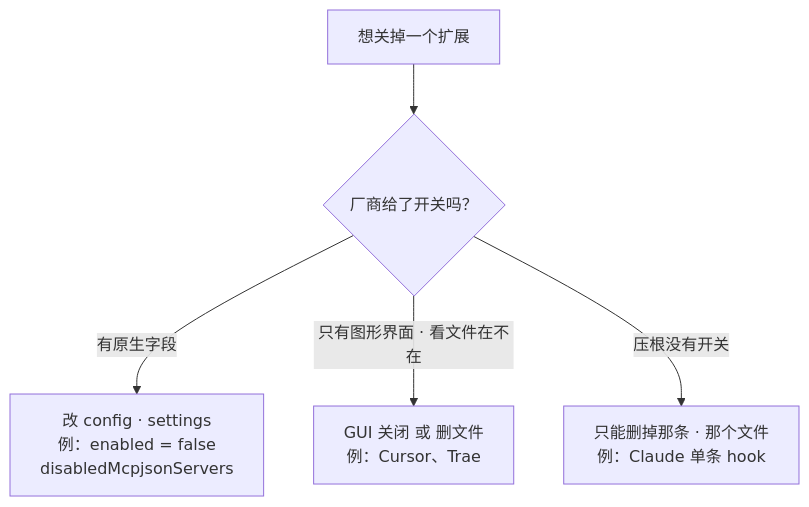
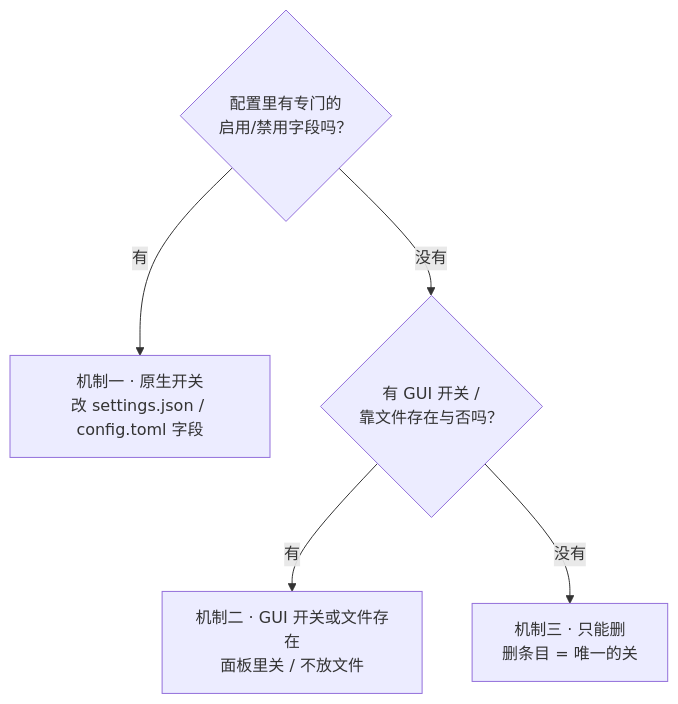
Before and after one commit to LLLLLayer/orbita: the seventh of 9 diagrams in docs/agent-extension-landscape.zh-CN.md, drawn with Mermaid. The commit also changed other lines of this file and 5 other files, not shown here.

````diff
--- a/docs/agent-extension-landscape.zh-CN.md
+++ b/docs/agent-extension-landscape.zh-CN.md
@@ -163,7 +388,8 @@
 ```mermaid
 flowchart TD
-    X["想关掉一个扩展"] --> Q{"厂商给了开关吗？"}
-    Q -->|"有原生字段"| N["改 config · settings<br/>例：enabled = false<br/>disabledMcpjsonServers"]
-    Q -->|"只有图形界面 · 看文件在不在"| U["GUI 关闭 或 删文件<br/>例：Cursor、Trae"]
-    Q -->|"压根没有开关"| Del["只能删掉那条 · 那个文件<br/>例：Claude 单条 hook"]
+    Q1{"配置里有专门的<br/>启用/禁用字段吗？"}
+    Q1 -->|有| NATIVE["机制一 · 原生开关<br/>改 settings.json / config.toml 字段"]
+    Q1 -->|没有| Q2{"有 GUI 开关 /<br/>靠文件存在与否吗？"}
+    Q2 -->|有| GUI["机制二 · GUI 开关或文件存在<br/>面板里关 / 不放文件"]
+    Q2 -->|没有| DEL["机制三 · 只能删<br/>删条目 = 唯一的关"]
 ```
````
